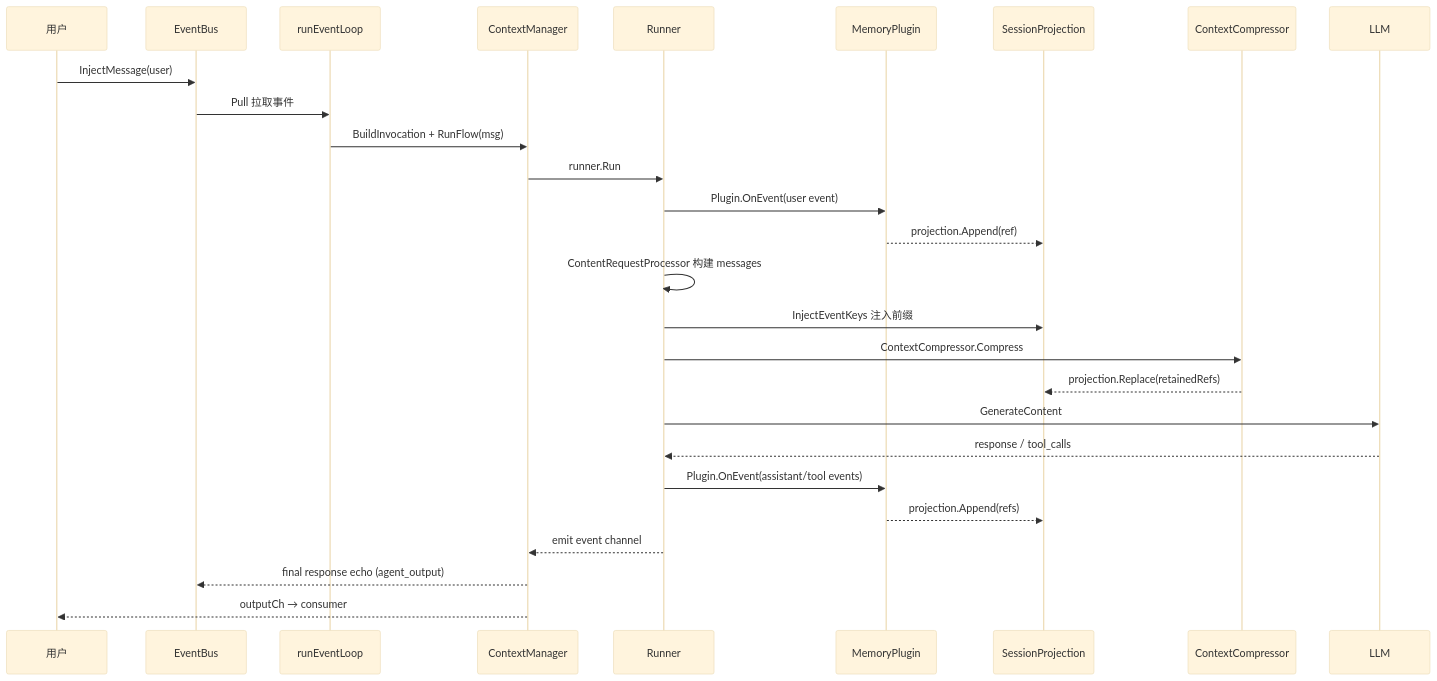
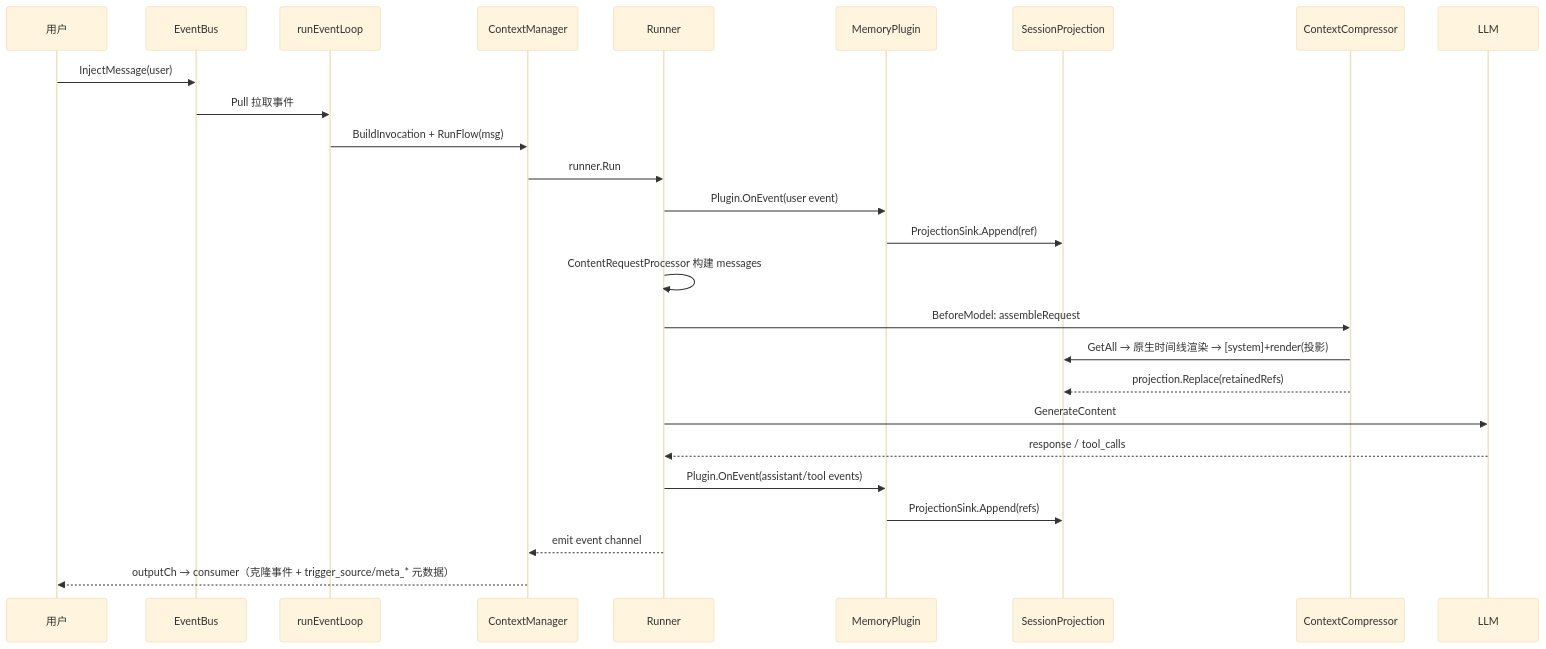
Before and after one commit to SpellingDragon/tagent: the seventh of 7 diagrams in docs/wiki/agent/event-flow.md, drawn with Mermaid (base theme). The commit also changed other lines of this file and 5 other files, not shown here.

Commit message:
docs(wiki): reflect unified event projection (native rendering, sink, hex keys)

````diff
--- a/docs/wiki/agent/event-flow.md
+++ b/docs/wiki/agent/event-flow.md
@@ -116,30 +117,29 @@
 ```mermaid
 sequenceDiagram
     participant U as 用户
     participant Bus as EventBus
     participant EL as runEventLoop
     participant CM as ContextManager
     participant R as Runner
     participant MP as MemoryPlugin
     participant Proj as SessionProjection
     participant CC as ContextCompressor
     participant LLM as LLM
 
     U->>Bus: InjectMessage(user)
     Bus->>EL: Pull 拉取事件
     EL->>CM: BuildInvocation + RunFlow(msg)
     CM->>R: runner.Run
     R->>MP: Plugin.OnEvent(user event)
-    MP-->>Proj: projection.Append(ref)
+    MP->>Proj: ProjectionSink.Append(ref)
     R->>R: ContentRequestProcessor 构建 messages
-    R->>Proj: InjectEventKeys 注入前缀
-    R->>CC: ContextCompressor.Compress
+    R->>CC: BeforeModel: assembleRequest
+    CC->>Proj: GetAll → 原生时间线渲染 → [system]+render(投影)
     CC-->>Proj: projection.Replace(retainedRefs)
     R->>LLM: GenerateContent
     LLM-->>R: response / tool_calls
     R->>MP: Plugin.OnEvent(assistant/tool events)
-    MP-->>Proj: projection.Append(refs)
+    MP->>Proj: ProjectionSink.Append(refs)
     R-->>CM: emit event channel
-    CM-->>Bus: final response echo (agent_output)
-    CM-->>U: outputCh → consumer
+    CM-->>U: outputCh → consumer（克隆事件 + trigger_source/meta_* 元数据）
 ```
````
